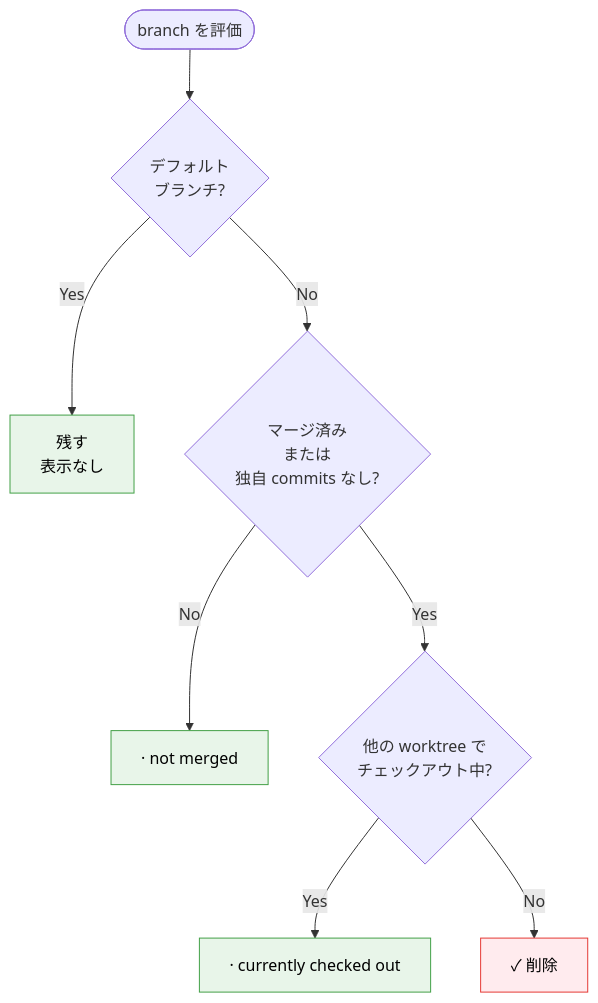
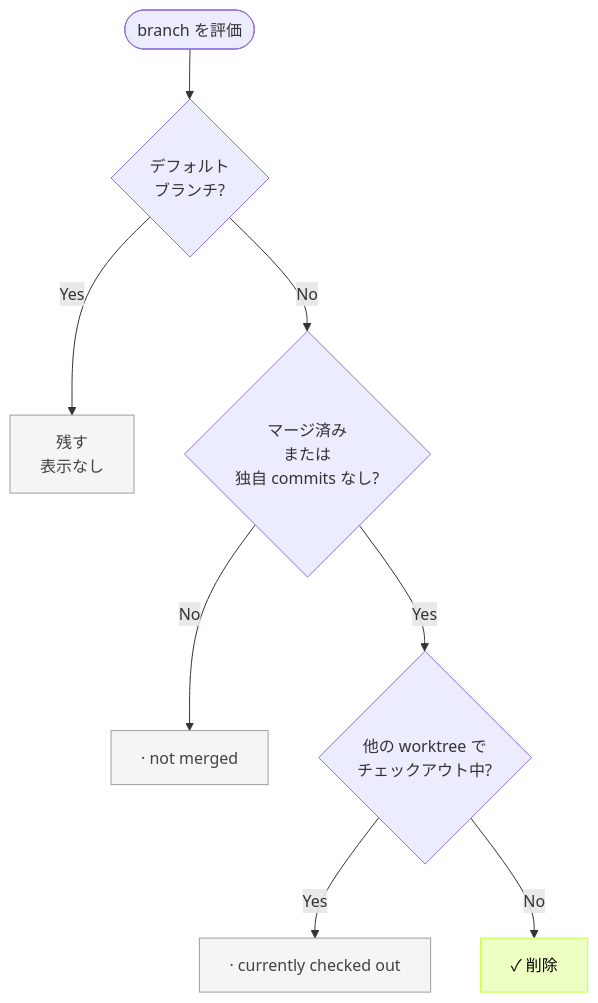
One commit to nozomiishii/git-harvest changed the second of 2 diagrams in README.ja.md. Above: the diagram before and after it, drawn with Mermaid. The commit also changed other lines of this file and 1 other file, not shown here.

Commit message:
chore: align flowchart colors with terminal brand palette

````diff
--- a/README.ja.md
+++ b/README.ja.md
@@ -174,14 +174,14 @@
 ```mermaid
 flowchart TD
     Start([branch を評価]) --> Default{デフォルト<br/>ブランチ?}
     Default -->|Yes| KeepDefault[残す<br/>表示なし]
     Default -->|No| Deletable{マージ済み<br/>または<br/>独自 commits なし?}
     Deletable -->|No| KeepNotMerged["·  not merged"]
     Deletable -->|Yes| CheckedOut{他の worktree で<br/>チェックアウト中?}
     CheckedOut -->|Yes| KeepCheckedOut["·  currently checked out"]
     CheckedOut -->|No| Delete["✓  削除"]
-    classDef keep fill:#e8f5e9,stroke:#43a047,color:#000
-    classDef delete fill:#ffebee,stroke:#e53935,color:#000
+    classDef keep fill:#f5f5f5,stroke:#9e9e9e,color:#424242
+    classDef delete fill:#eeffc4,stroke:#C0FF39,color:#000
     class KeepDefault,KeepNotMerged,KeepCheckedOut keep
     class Delete delete
 ```
````
